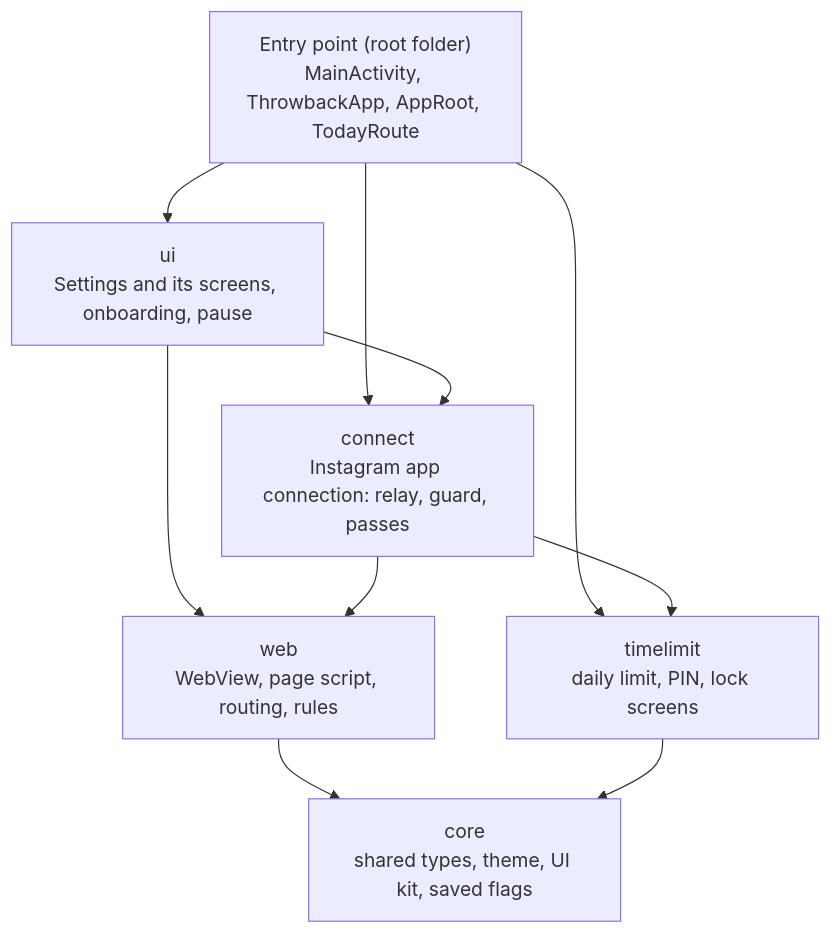
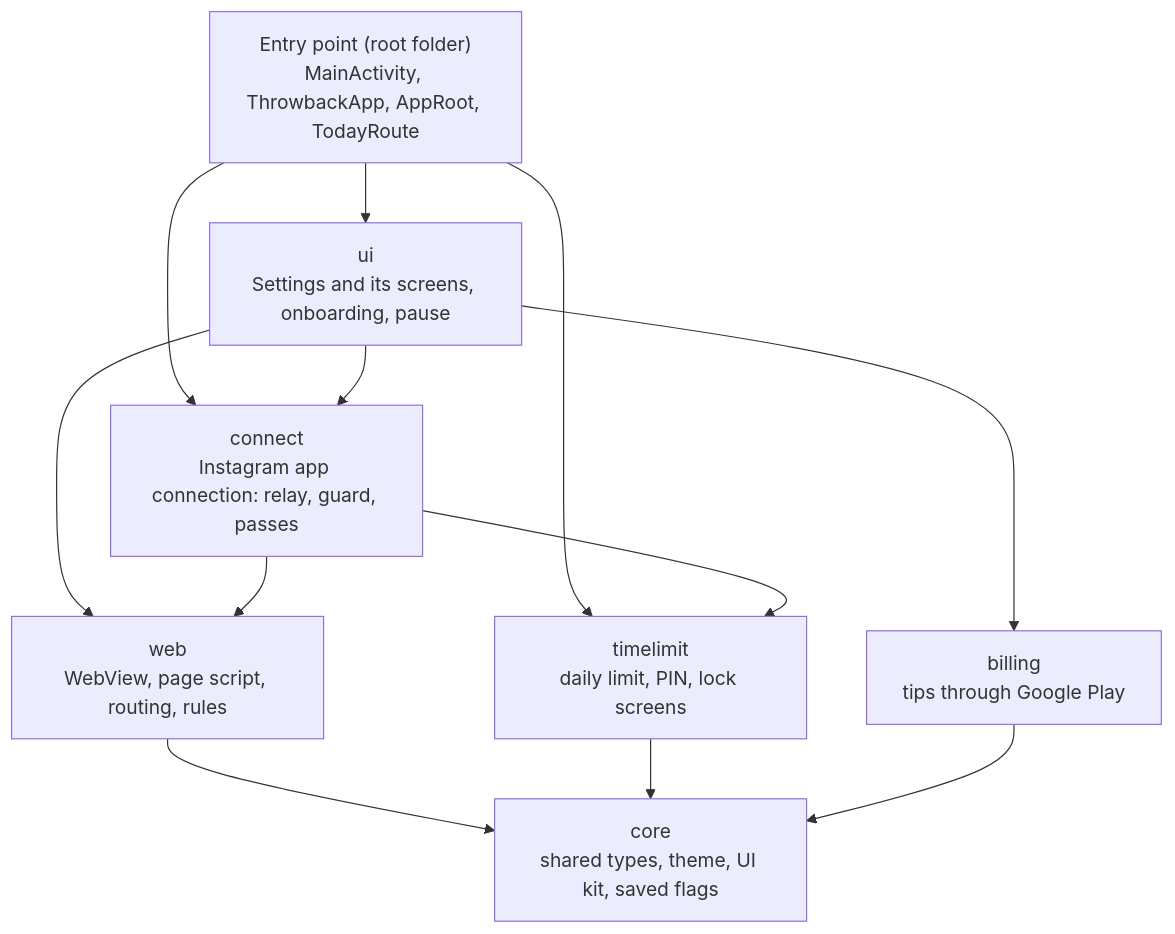
Before and after one commit to amitpant7/throwback: the second of 2 diagrams in docs/ARCHITECTURE.md, drawn with Mermaid. The commit also changed other lines of this file and 14 other files, not shown here.

````diff
--- a/docs/ARCHITECTURE.md
+++ b/docs/ARCHITECTURE.md
@@ -49,18 +49,21 @@
 ```mermaid
 flowchart TD
   entry["Entry point (root folder)<br/>MainActivity, ThrowbackApp, AppRoot, TodayRoute"]
   ui["ui<br/>Settings and its screens, onboarding, pause"]
   connect["connect<br/>Instagram app connection: relay, guard, passes"]
   web["web<br/>WebView, page script, routing, rules"]
   timelimit["timelimit<br/>daily limit, PIN, lock screens"]
+  billing["billing<br/>tips through Google Play"]
   core["core<br/>shared types, theme, UI kit, saved flags"]
   entry --> ui
   entry --> connect
   entry --> timelimit
   ui --> connect
   ui --> web
+  ui --> billing
   connect --> web
   connect --> timelimit
   web --> core
   timelimit --> core
+  billing --> core
 ```
````
